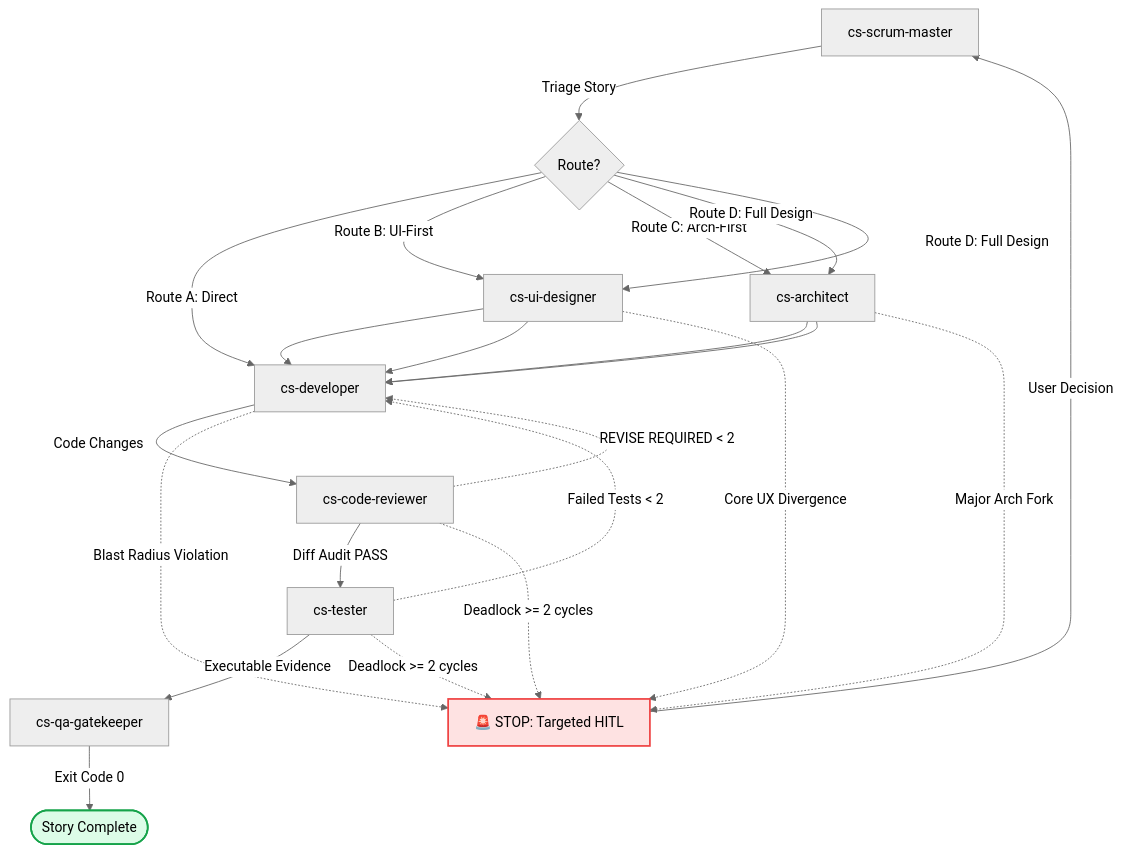
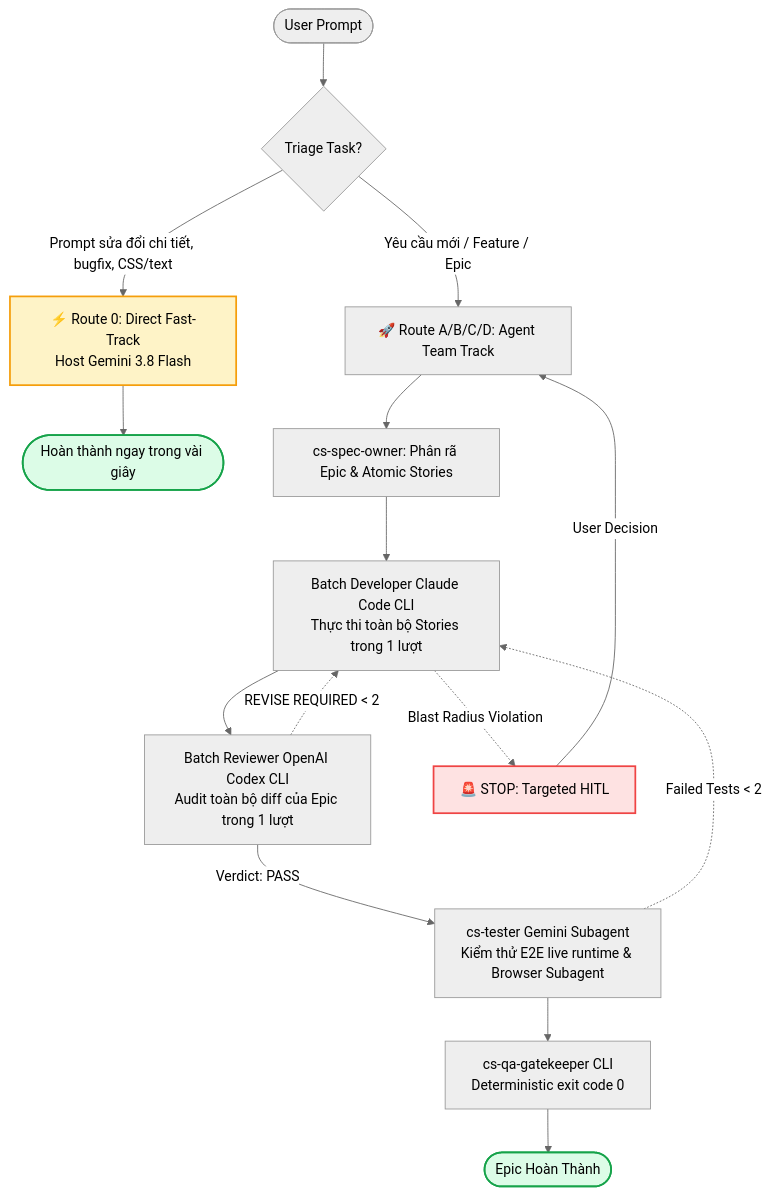
The diagram in README.md (phongbm/craft-squad), drawn with Mermaid (neutral theme) before and after one commit. The commit also changed other lines of this file and 9 other files, not shown here.

Commit message:
feat(v3.1.0): implement dual-track triage and batch delivery protocol

````diff
--- a/README.md
+++ b/README.md
@@ -48,25 +50,25 @@
 ```mermaid
 flowchart TD
-    SM["cs-scrum-master"] -->|Triage Story| Route{Route?}
-    Route -->|Route A: Direct| DEV["cs-developer"]
-    Route -->|Route B: UI-First| UI["cs-ui-designer"] --> DEV
-    Route -->|Route C: Arch-First| ARCH["cs-architect"] --> DEV
-    Route -->|Route D: Full Design| ARCH & UI --> DEV
+    User([User Prompt]) --> Triage{Triage Task?}
+    
+    Triage -->|Prompt sửa đổi chi tiết, bugfix, CSS/text| Direct[⚡ Route 0: Direct Fast-Track\nHost Gemini 3.8 Flash]
+    Direct --> DirectDone([Hoàn thành ngay trong vài giây])
 
-    DEV -->|Code Changes| REV["cs-code-reviewer"]
-    REV -->|Diff Audit PASS| TEST["cs-tester"]
-    REV -.->|REVISE REQUIRED < 2| DEV
-    TEST -->|Executable Evidence| GATE["cs-qa-gatekeeper"]
-    TEST -.->|Failed Tests < 2| DEV
+    Triage -->|Yêu cầu mới / Feature / Epic| TeamTrack[🚀 Route A/B/C/D: Agent Team Track]
+    TeamTrack --> Spec[cs-spec-owner: Phân rã Epic & Atomic Stories]
+    Spec --> BatchDev[Batch Developer Claude Code CLI\nThực thi toàn bộ Stories trong 1 lượt]
+    BatchDev --> BatchRev[Batch Reviewer OpenAI Codex CLI\nAudit toàn bộ diff của Epic trong 1 lượt]
+    BatchRev -->|Verdict: PASS| E2ETest[cs-tester Gemini Subagent\nKiểm thử E2E live runtime & Browser Subagent]
+    BatchRev -.->|REVISE REQUIRED < 2| BatchDev
+    E2ETest --> Gate[cs-qa-gatekeeper CLI\nDeterministic exit code 0]
+    E2ETest -.->|Failed Tests < 2| BatchDev
+    Gate --> SignOff([Epic Hoàn Thành])
 
-    GATE -->|Exit Code 0| SignOff([Story Complete])
+    BatchDev -.->|Blast Radius Violation| HITL[🚨 STOP: Targeted HITL]
+    HITL -->|User Decision| TeamTrack
 
-    DEV -.->|Blast Radius Violation| HITL[🚨 STOP: Targeted HITL]
-    ARCH -.->|Major Arch Fork| HITL
-    UI -.->|Core UX Divergence| HITL
-    REV & TEST -.->|Deadlock >= 2 cycles| HITL
-    HITL -->|User Decision| SM
-
+    style Direct fill:#fef3c7,stroke:#f59e0b,stroke-width:2px
     style HITL fill:#fee2e2,stroke:#ef4444,stroke-width:2px
     style SignOff fill:#dcfce7,stroke:#16a34a,stroke-width:2px
+    style DirectDone fill:#dcfce7,stroke:#16a34a,stroke-width:2px
 ```
````
